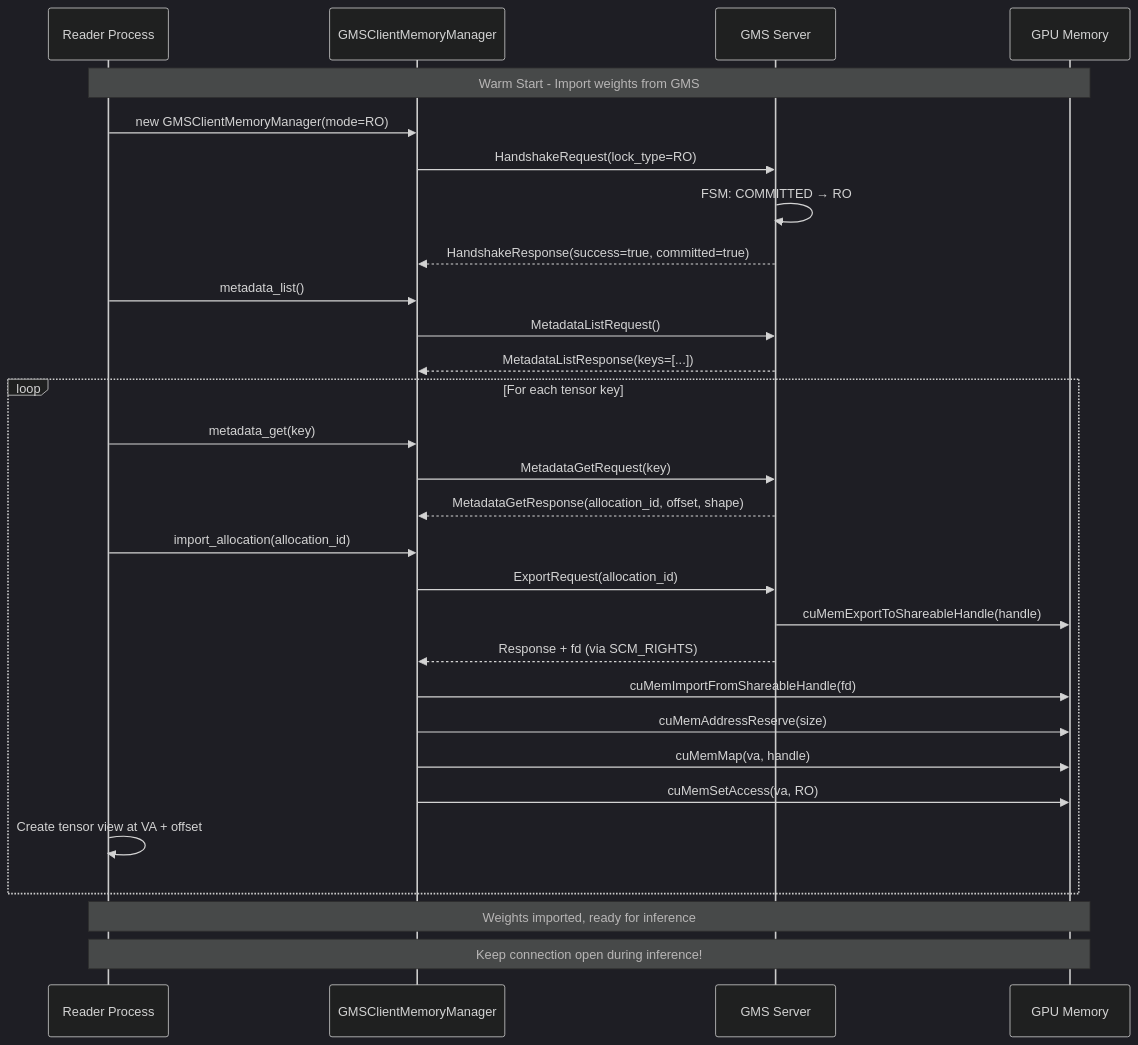
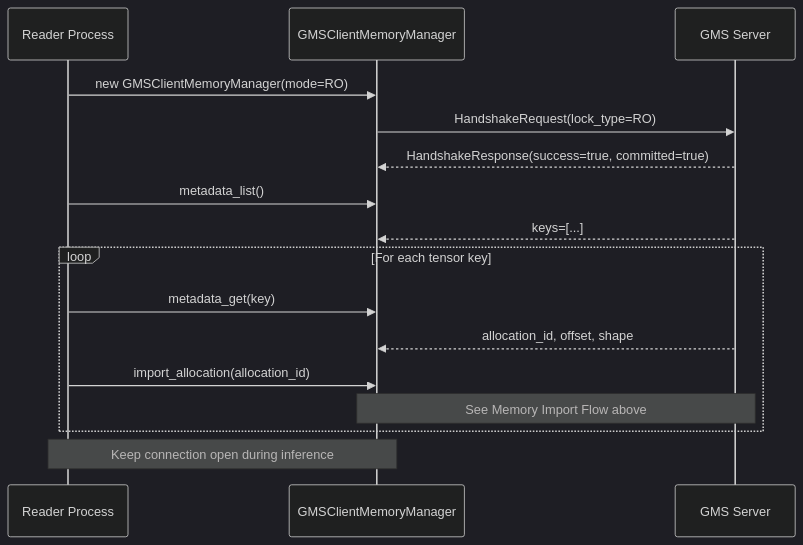
Before and after one commit to ai-dynamo/dynamo: the fourth of 6 diagrams in lib/gpu_memory_service/README.md, drawn with Mermaid (dark theme). The commit also changed other lines of this file, not shown here.

````diff
--- a/lib/gpu_memory_service/README.md
+++ b/lib/gpu_memory_service/README.md
@@ -211,39 +212,22 @@
 ```mermaid
 sequenceDiagram
     participant R as Reader Process
     participant C as GMSClientMemoryManager
     participant S as GMS Server
-    participant GPU as GPU Memory
-
-    Note over R,GPU: Warm Start - Import weights from GMS
 
     R->>C: new GMSClientMemoryManager(mode=RO)
     C->>S: HandshakeRequest(lock_type=RO)
-    S->>S: FSM: COMMITTED → RO
     S-->>C: HandshakeResponse(success=true, committed=true)
 
     R->>C: metadata_list()
-    C->>S: MetadataListRequest()
-    S-->>C: MetadataListResponse(keys=[...])
+    S-->>C: keys=[...]
 
     loop For each tensor key
         R->>C: metadata_get(key)
-        C->>S: MetadataGetRequest(key)
-        S-->>C: MetadataGetResponse(allocation_id, offset, shape)
-
+        S-->>C: allocation_id, offset, shape
         R->>C: import_allocation(allocation_id)
-        C->>S: ExportRequest(allocation_id)
-        S->>GPU: cuMemExportToShareableHandle(handle)
-        S-->>C: Response + fd (via SCM_RIGHTS)
-
-        C->>GPU: cuMemImportFromShareableHandle(fd)
-        C->>GPU: cuMemAddressReserve(size)
-        C->>GPU: cuMemMap(va, handle)
-        C->>GPU: cuMemSetAccess(va, RO)
-
-        R->>R: Create tensor view at VA + offset
+        Note over C,S: See Memory Import Flow above
     end
 
-    Note over R,GPU: Weights imported, ready for inference
-    Note over R,GPU: Keep connection open during inference!
+    Note over R,C: Keep connection open during inference
 ```
````
